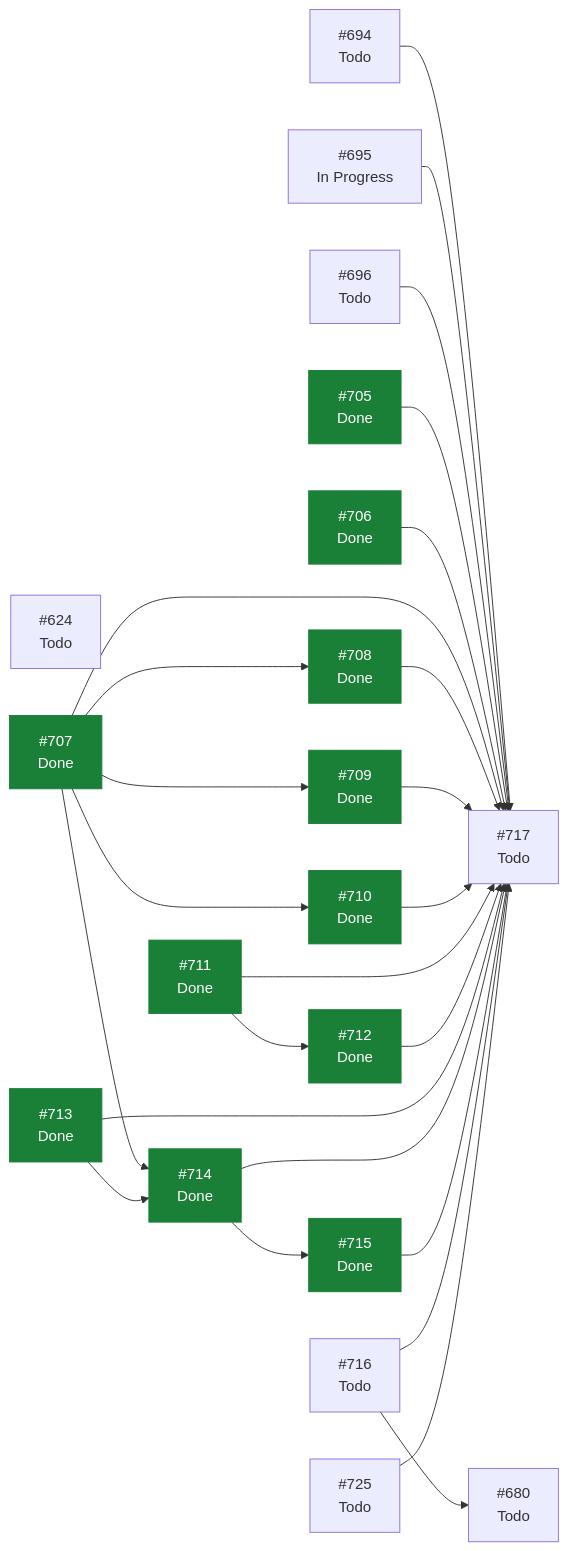
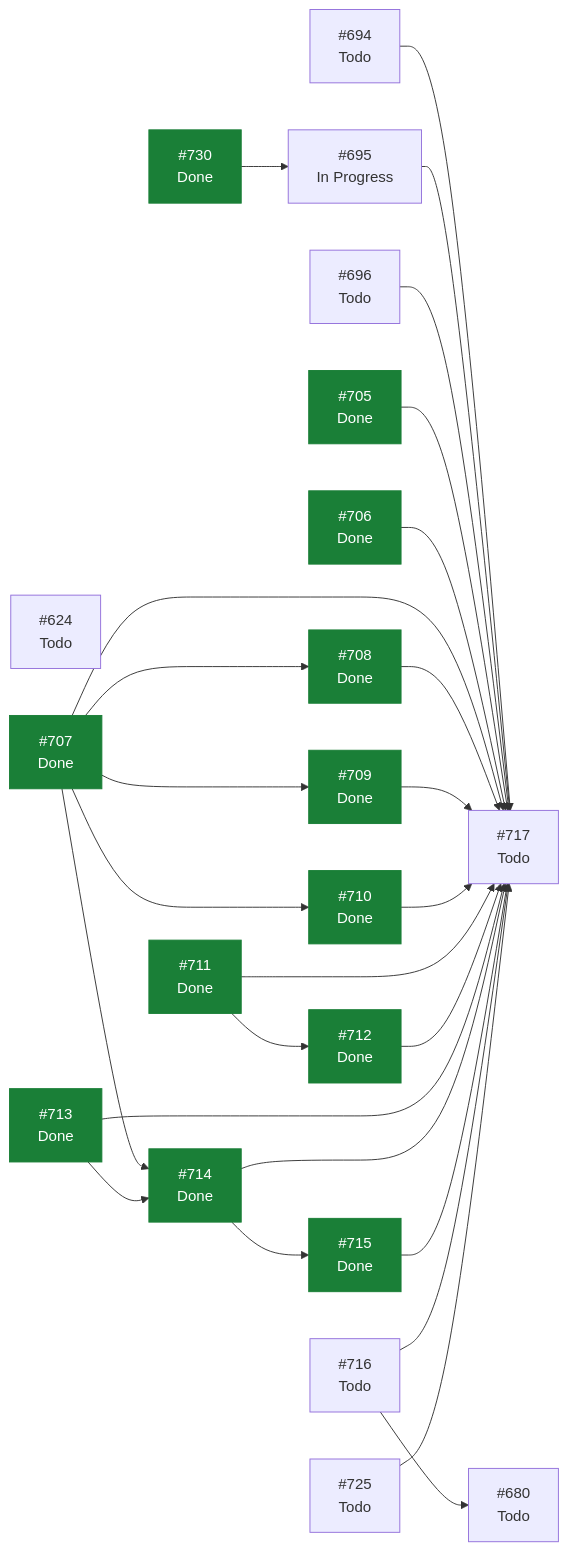
Before and after one commit to ecamp0s/evault: the diagram in docs/planning/STATUS.md, drawn with Mermaid. The commit also changed other lines of this file, not shown here.

````diff
--- a/docs/planning/STATUS.md
+++ b/docs/planning/STATUS.md
@@ -109,48 +110,50 @@
 ```mermaid
 graph LR
   I624["#624<br/>Todo"]
   I680["#680<br/>Todo"]
   I694["#694<br/>Todo"]
   I695["#695<br/>In Progress"]
   I696["#696<br/>Todo"]
   I705["#705<br/>Done"]
   I706["#706<br/>Done"]
   I707["#707<br/>Done"]
   I708["#708<br/>Done"]
   I709["#709<br/>Done"]
   I710["#710<br/>Done"]
   I711["#711<br/>Done"]
   I712["#712<br/>Done"]
   I713["#713<br/>Done"]
   I714["#714<br/>Done"]
   I715["#715<br/>Done"]
   I716["#716<br/>Todo"]
   I717["#717<br/>Todo"]
   I725["#725<br/>Todo"]
+  I730["#730<br/>Done"]
   I694 --> I717
   I695 --> I717
   I696 --> I717
   I705 --> I717
   I706 --> I717
   I707 --> I708
   I707 --> I709
   I707 --> I710
   I707 --> I714
   I707 --> I717
   I708 --> I717
   I709 --> I717
   I710 --> I717
   I711 --> I712
   I711 --> I717
   I712 --> I717
   I713 --> I714
   I713 --> I717
   I714 --> I715
   I714 --> I717
   I715 --> I717
   I716 --> I680
   I716 --> I717
   I725 --> I717
+  I730 --> I695
   classDef hecho fill:#1a7f37,stroke:#1a7f37,color:#fff;
-  class I705,I706,I707,I708,I709,I710,I711,I712,I713,I714,I715 hecho;
+  class I705,I706,I707,I708,I709,I710,I711,I712,I713,I714,I715,I730 hecho;
 ```
````
